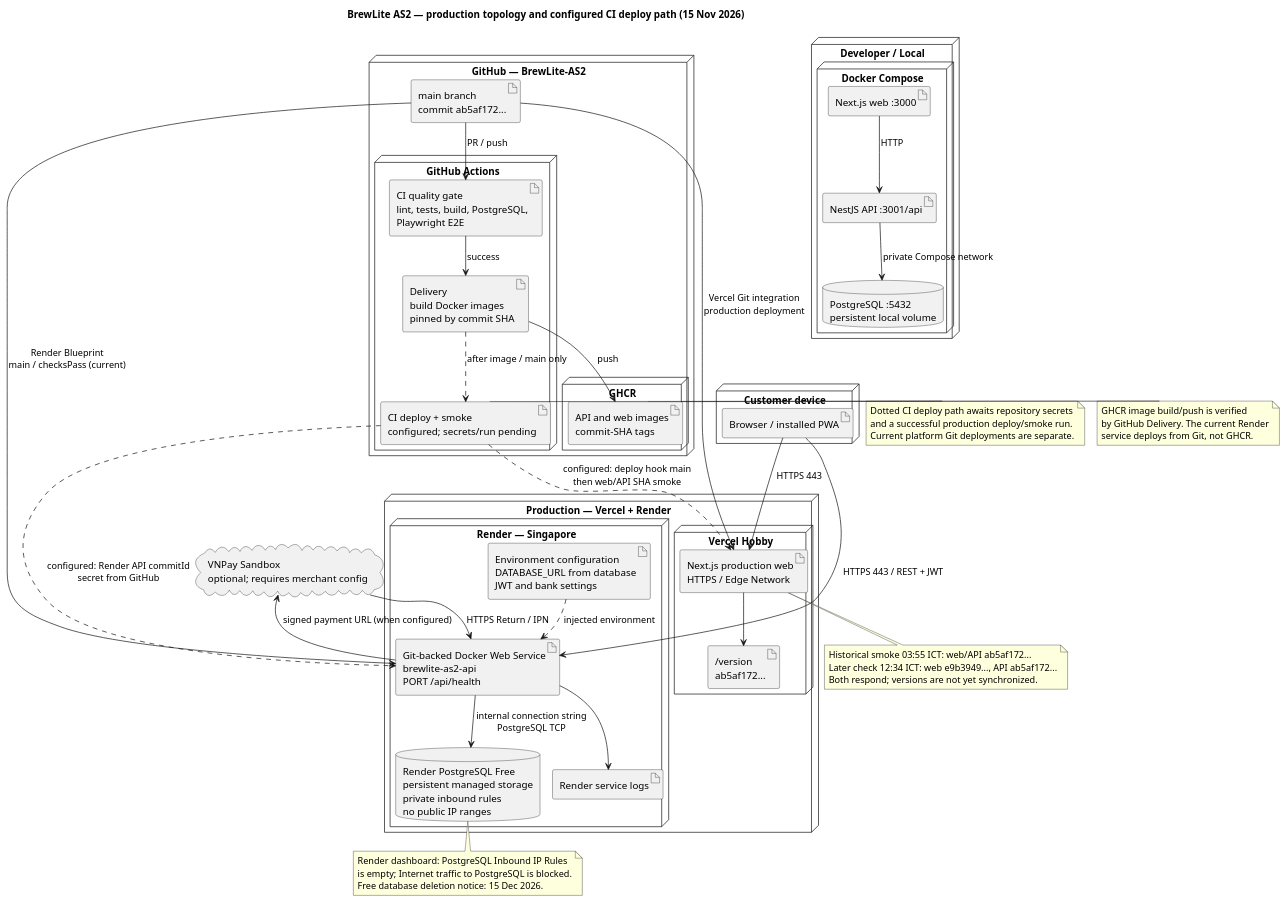
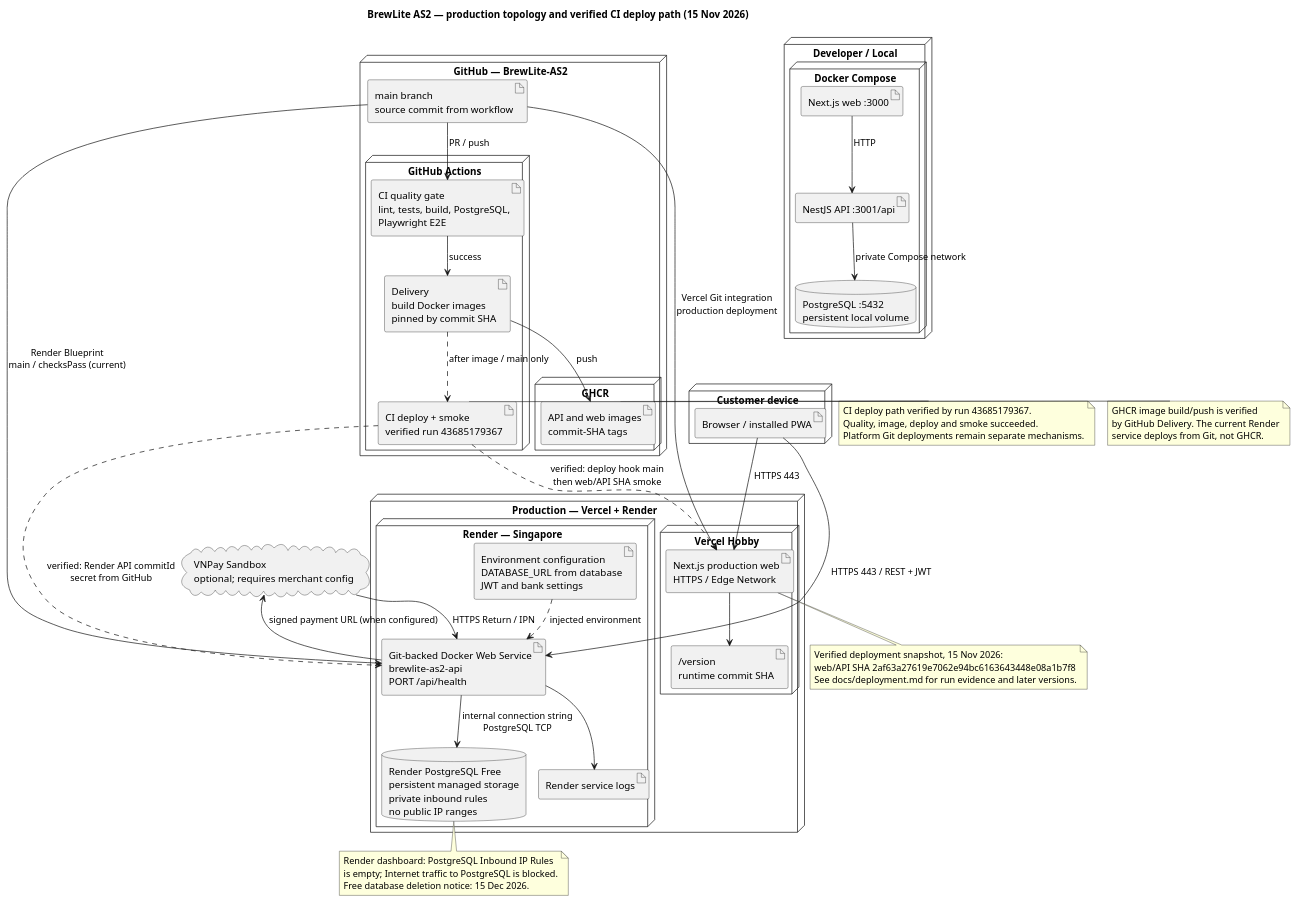
Before and after one commit to https-monstiez/BrewLite-AS2: the diagram in docs/diagrams/deployment.puml, drawn with PlantUML. The commit also changed 16 other files, not shown here.

Commit message:
docs(as2): record verified delivery and production checkout video

```diff
--- a/docs/diagrams/deployment.puml
+++ b/docs/diagrams/deployment.puml
@@ -1,84 +1,84 @@
 @startuml
 !pragma layout smetana
 skinparam shadowing false
 skinparam defaultFontName SansSerif
-title BrewLite AS2 — production topology and configured CI deploy path (15 Nov 2026)
+title BrewLite AS2 — production topology and verified CI deploy path (15 Nov 2026)
 
 node "Developer / Local" {
   node "Docker Compose" {
     artifact "Next.js web :3000" as localweb
     artifact "NestJS API :3001/api" as localapi
     database "PostgreSQL :5432\npersistent local volume" as localdb
     localweb --> localapi : HTTP
     localapi --> localdb : private Compose network
   }
 }
 
 node "GitHub — BrewLite-AS2" {
-  artifact "main branch\ncommit ab5af172..." as source
+  artifact "main branch\nsource commit from workflow" as source
   node "GitHub Actions" {
     artifact "CI quality gate\nlint, tests, build, PostgreSQL,\nPlaywright E2E" as ci
     artifact "Delivery\nbuild Docker images\npinned by commit SHA" as delivery
-    artifact "CI deploy + smoke\nconfigured; secrets/run pending" as cideploy
+    artifact "CI deploy + smoke\nverified run 43685179367" as cideploy
   }
   node "GHCR" {
     artifact "API and web images\ncommit-SHA tags" as images
   }
   source --> ci : PR / push
   ci --> delivery : success
   delivery --> images : push
 }
 
 node "Production — Vercel + Render" {
   node "Vercel Hobby" {
     artifact "Next.js production web\nHTTPS / Edge Network" as web
-    artifact "/version\nab5af172..." as webversion
+    artifact "/version\nruntime commit SHA" as webversion
     web --> webversion
   }
   node "Render — Singapore" {
     artifact "Git-backed Docker Web Service\nbrewlite-as2-api\nPORT /api/health" as api
     database "Render PostgreSQL Free\npersistent managed storage\nprivate inbound rules\nno public IP ranges" as db
     artifact "Environment configuration\nDATABASE_URL from database\nJWT and bank settings" as secrets
     artifact "Render service logs" as logs
     api --> db : internal connection string\nPostgreSQL TCP
     secrets ..> api : injected environment
     api --> logs
   }
   source --> web : Vercel Git integration\nproduction deployment
   source --> api : Render Blueprint\nmain / checksPass (current)
   delivery ..> cideploy : after image / main only
-  cideploy ..> api : configured: Render API commitId\nsecret from GitHub
-  cideploy ..> web : configured: deploy hook main\nthen web/API SHA smoke
+  cideploy ..> api : verified: Render API commitId\nsecret from GitHub
+  cideploy ..> web : verified: deploy hook main\nthen web/API SHA smoke
 }
 
 node "Customer device" {
   artifact "Browser / installed PWA" as client
 }
 
 cloud "VNPay Sandbox\noptional; requires merchant config" as vnp
 client --> web : HTTPS 443
 client --> api : HTTPS 443 / REST + JWT
 api --> vnp : signed payment URL (when configured)
 vnp --> api : HTTPS Return / IPN
 
 note right of cideploy
-Dotted CI deploy path awaits repository secrets
-and a successful production deploy/smoke run.
-Current platform Git deployments are separate.
+CI deploy path verified by run 43685179367.
+Quality, image, deploy and smoke succeeded.
+Platform Git deployments remain separate mechanisms.
 end note
 note right of images
 GHCR image build/push is verified
 by GitHub Delivery. The current Render
 service deploys from Git, not GHCR.
 end note
 note bottom of db
 Render dashboard: PostgreSQL Inbound IP Rules
 is empty; Internet traffic to PostgreSQL is blocked.
 Free database deletion notice: 15 Dec 2026.
 end note
 note bottom of web
-Historical smoke 03:55 ICT: web/API ab5af172...
-Later check 12:34 ICT: web e9b3949..., API ab5af172...
-Both respond; versions are not yet synchronized.
+Verified deployment snapshot, 15 Nov 2026:
+web/API SHA 2af63a27619e7062e94bc6163643448e08a1b7f8
+See docs/deployment.md for run evidence and later versions.
 end note
 @enduml
```
